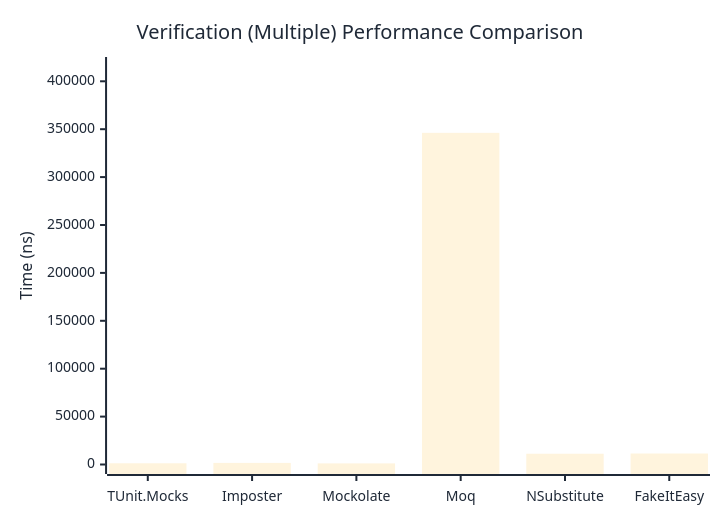
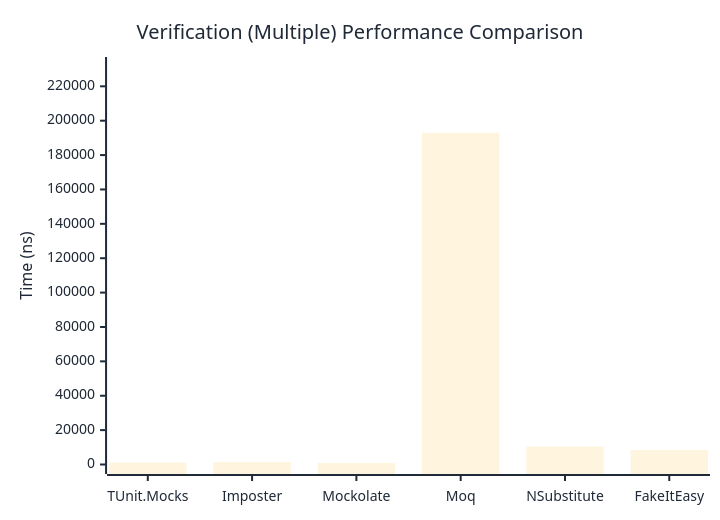
The third of 3 diagrams in docs/docs/benchmarks/mocks/Verification.md (thomhurst/TUnit), drawn with Mermaid before and after one commit. The commit also changed other lines of this file and 14 other files, not shown here.

````diff
--- a/docs/docs/benchmarks/mocks/Verification.md
+++ b/docs/docs/benchmarks/mocks/Verification.md
@@ -112,27 +112,27 @@
 ```mermaid
 %%{init: {
   'theme':'base',
   'themeVariables': {
     'primaryColor': '#2563eb',
     'primaryTextColor': '#1f2937',
     'primaryBorderColor': '#1e40af',
     'lineColor': '#6b7280',
     'secondaryColor': '#7c3aed',
     'tertiaryColor': '#dc2626',
     'background': '#ffffff',
     'pie1': '#2563eb',
     'pie2': '#7c3aed',
     'pie3': '#dc2626',
     'pie4': '#f59e0b',
     'pie5': '#10b981',
     'pie6': '#06b6d4',
     'pie7': '#ec4899',
     'pie8': '#6366f1'
   }
 }}%%
 xychart-beta
   title "Verification (Multiple) Performance Comparison"
   x-axis ["TUnit.Mocks", "Imposter", "Mockolate", "Moq", "NSubstitute", "FakeItEasy"]
-  y-axis "Time (ns)" 0 --> 415437
-  bar [1271.9, 1664.66, 1152.22, 346196.73, 11239.48, 11466.49]
+  y-axis "Time (ns)" 0 --> 231525
+  bar [1095.53, 1369.56, 930.42, 192937.49, 10414.72, 8451.57]
 ```
````
